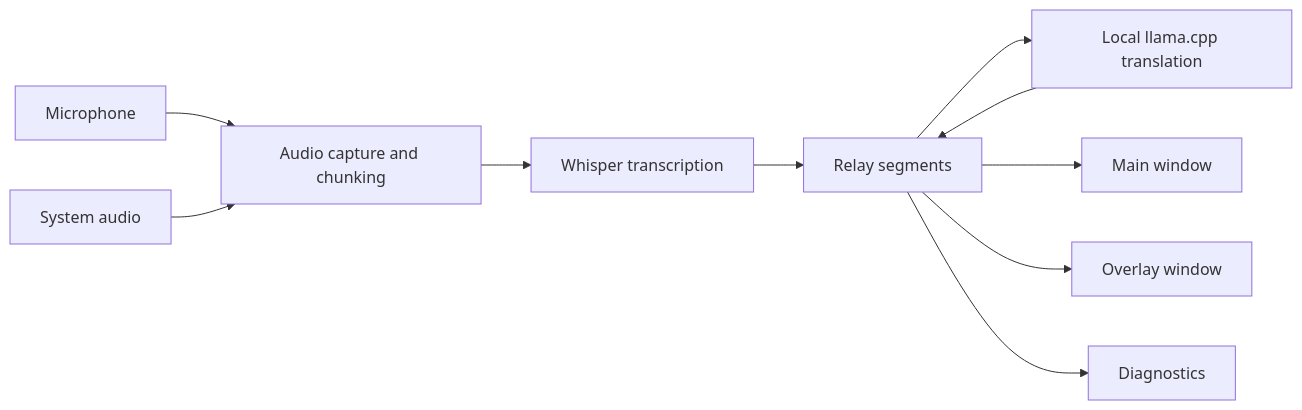
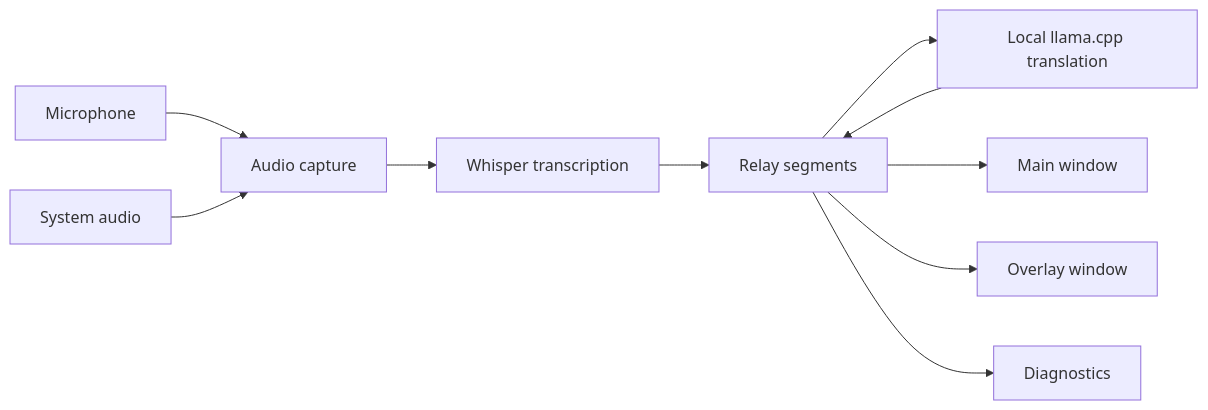
One commit to hu553in/relay changed the diagram in README.md. Above: the diagram before and after it, drawn with Mermaid. The commit also changed other lines of this file and 56 other files, not shown here.

````diff
--- a/README.md
+++ b/README.md
@@ -38,12 +40,12 @@
 ```mermaid
 flowchart LR
-    mic["Microphone"] --> audio["Audio capture and chunking"]
+    mic["Microphone"] --> audio["Audio capture"]
     sys["System audio"] --> audio
     audio --> stt["Whisper transcription"]
     stt --> segments["Relay segments"]
     segments --> translate["Local llama.cpp translation"]
     translate --> segments
     segments --> main["Main window"]
     segments --> overlay["Overlay window"]
     segments --> diagnostics["Diagnostics"]
 ```
````
